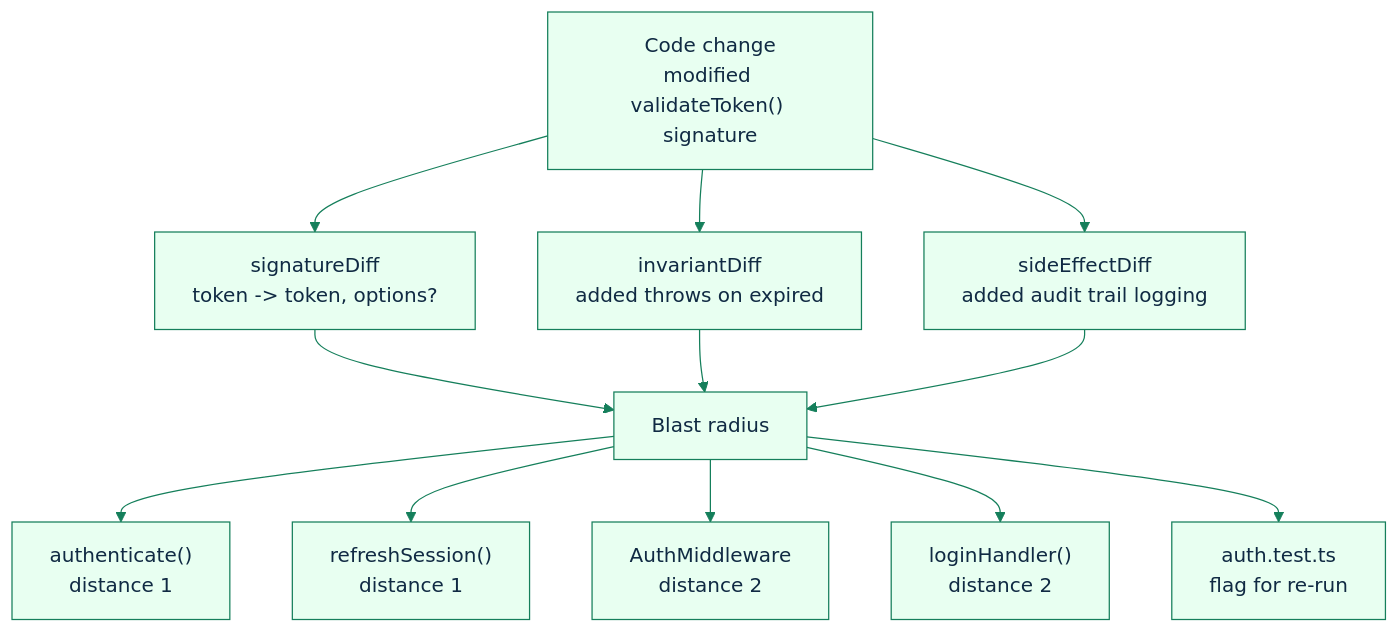
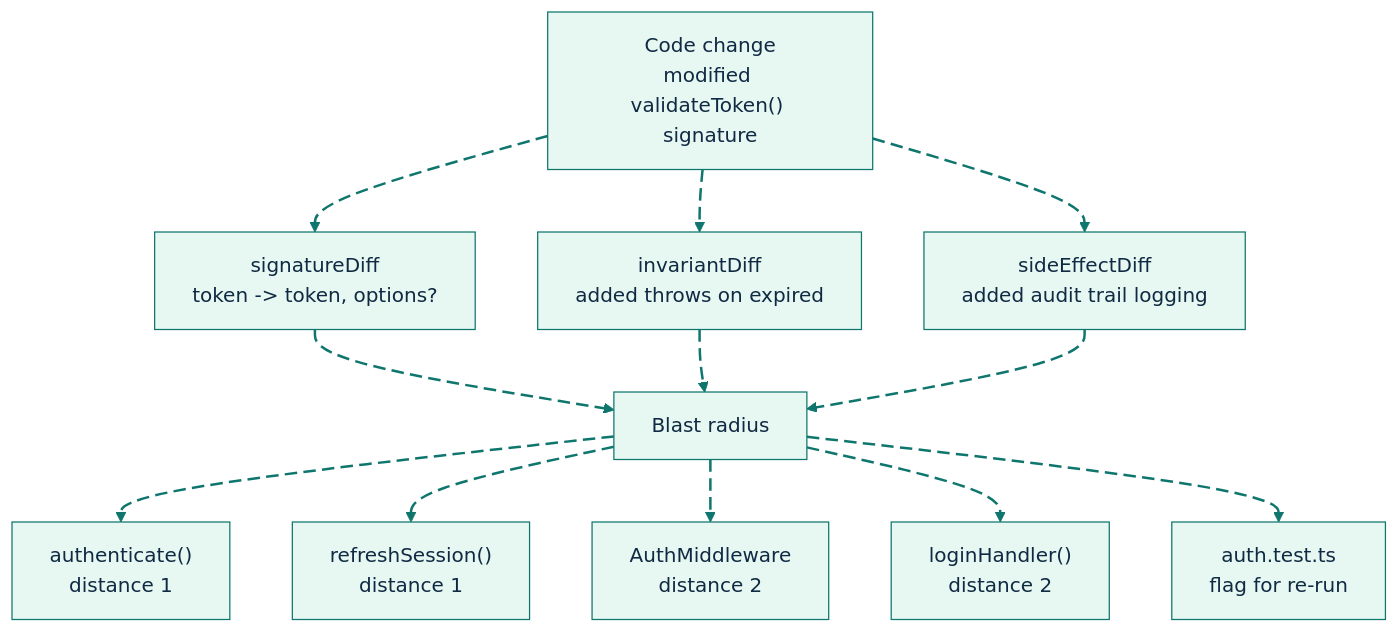
Before and after one commit to GlitterKill/sdl-mcp: the first of 2 diagrams in docs/feature-deep-dives/delta-blast-radius.md, drawn with Mermaid. The commit also changed other lines of this file and 33 other files, not shown here.

First line of the commit message:
docs: update mermaid diagram themes and styling across documentation

````diff
--- a/docs/feature-deep-dives/delta-blast-radius.md
+++ b/docs/feature-deep-dives/delta-blast-radius.md
@@ -22,26 +22,35 @@
 ```mermaid
-%%{init: {"theme":"base","themeVariables":{"primaryColor":"#e8fff1","primaryBorderColor":"#157f5b","primaryTextColor":"#102a43","secondaryColor":"#eef6ff","secondaryBorderColor":"#2563eb","tertiaryColor":"#fff4d6","tertiaryBorderColor":"#b45309","lineColor":"#157f5b","fontFamily":"Trebuchet MS, Arial"},"flowchart":{"curve":"basis"}}}%%
+%%{init: {"theme":"base","themeVariables":{"background":"#ffffff","primaryColor":"#E7F8F2","primaryBorderColor":"#0F766E","primaryTextColor":"#102A43","secondaryColor":"#E8F1FF","secondaryBorderColor":"#2563EB","secondaryTextColor":"#102A43","tertiaryColor":"#FFF4D6","tertiaryBorderColor":"#B45309","tertiaryTextColor":"#102A43","lineColor":"#0F766E","textColor":"#102A43","fontFamily":"Inter, ui-sans-serif, system-ui, -apple-system, BlinkMacSystemFont, Segoe UI, sans-serif"},"flowchart":{"curve":"basis","htmlLabels":true}}}%%
 flowchart TD
     Change["Code change<br/>modified validateToken() signature"]
     Sig["signatureDiff<br/>token -> token, options?"]
     Inv["invariantDiff<br/>added throws on expired"]
     Fx["sideEffectDiff<br/>added audit trail logging"]
     Blast["Blast radius"]
     C1["authenticate()<br/>distance 1"]
     C2["refreshSession()<br/>distance 1"]
     C3["AuthMiddleware<br/>distance 2"]
     C4["loginHandler()<br/>distance 2"]
     T1["auth.test.ts<br/>flag for re-run"]
 
-    Change --> Sig
-    Change --> Inv
-    Change --> Fx
-    Sig --> Blast
-    Inv --> Blast
-    Fx --> Blast
-    Blast --> C1
-    Blast --> C2
-    Blast --> C3
-    Blast --> C4
-    Blast --> T1
+    Change e1@--> Sig
+    Change e2@--> Inv
+    Change e3@--> Fx
+    Sig e4@--> Blast
+    Inv e5@--> Blast
+    Fx e6@--> Blast
+    Blast e7@--> C1
+    Blast e8@--> C2
+    Blast e9@--> C3
+    Blast e10@--> C4
+    Blast e11@--> T1
+
+    classDef source fill:#E7F8F2,stroke:#0F766E,stroke-width:2px,color:#102A43;
+    classDef process fill:#E8F1FF,stroke:#2563EB,stroke-width:2px,color:#102A43;
+    classDef decision fill:#FFF4D6,stroke:#B45309,stroke-width:2px,color:#102A43;
+    classDef storage fill:#F2E8FF,stroke:#7C3AED,stroke-width:2px,color:#102A43;
+    classDef output fill:#FFE8EF,stroke:#BE123C,stroke-width:2px,color:#102A43;
+    classDef muted fill:#F8FAFC,stroke:#64748B,stroke-width:1px,color:#102A43;
+    classDef animate stroke:#0F766E,stroke-width:2px,stroke-dasharray:10\,5,stroke-dashoffset:900,animation:dash 22s linear infinite;
+    class e1,e2,e3,e4,e5,e6,e7,e8,e9,e10,e11 animate;
 ```
````
